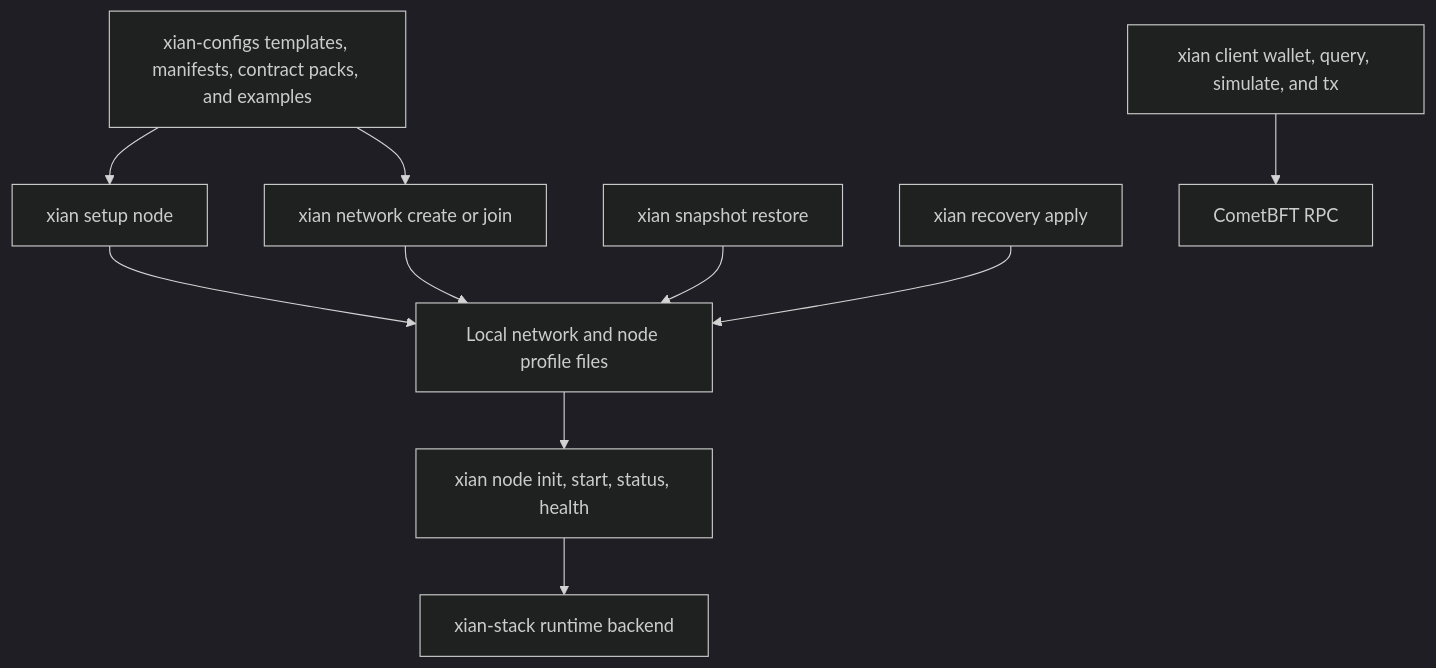
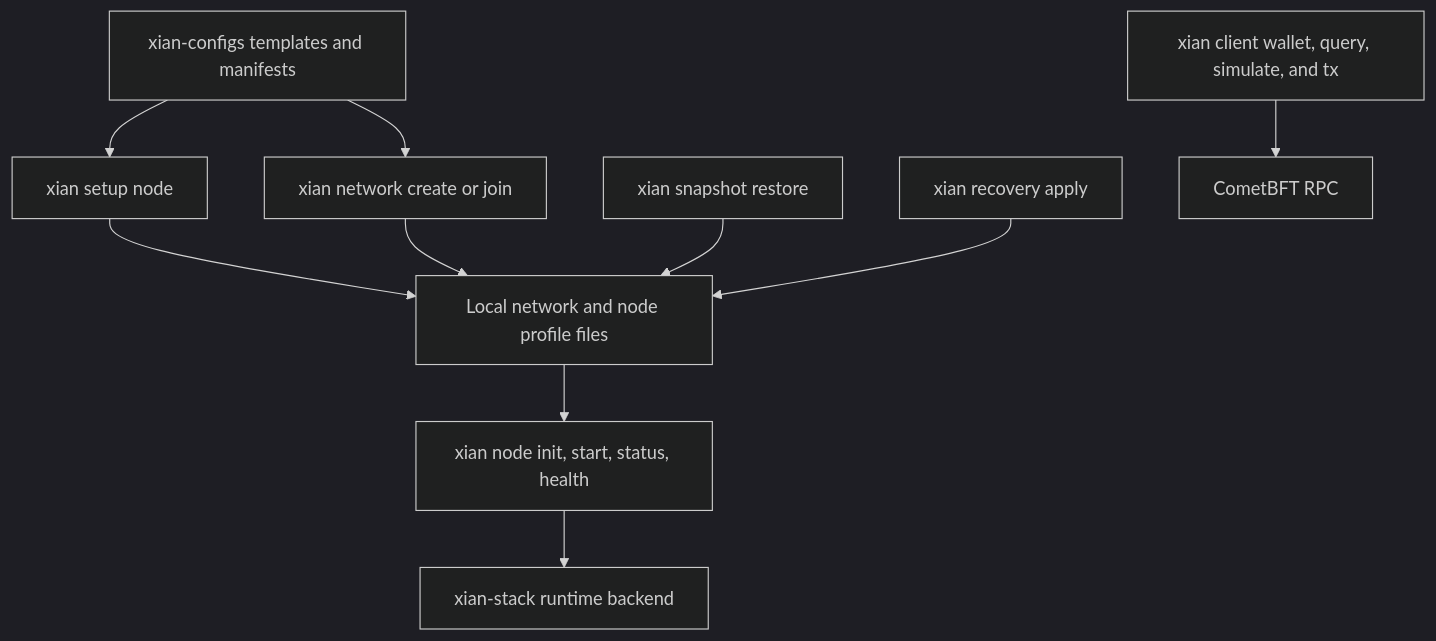
One commit to xian-technology/xian-docs-web changed the diagram in tools/xian-cli.md. Above: the diagram before and after it, drawn with Mermaid (dark theme). The commit also changed other lines of this file and 27 other files, not shown here.

````diff
--- a/tools/xian-cli.md
+++ b/tools/xian-cli.md
@@ -71,23 +65,23 @@
 ```mermaid
 flowchart TD
-  Catalog["xian-configs templates, manifests, contract packs, and examples"]
+  Catalog["xian-configs templates and manifests"]
   Setup["xian setup node"]
   Network["xian network create or join"]
   Profile["Local network and node profile files"]
   Node["xian node init, start, status, health"]
   Stack["xian-stack runtime backend"]
   Snapshot["xian snapshot restore"]
   Recovery["xian recovery apply"]
   Client["xian client wallet, query, simulate, and tx"]
   RPC["CometBFT RPC"]
 
   Catalog --> Network
   Catalog --> Setup
   Setup --> Profile
   Network --> Profile
   Profile --> Node
   Node --> Stack
   Snapshot --> Profile
   Recovery --> Profile
   Client --> RPC
 ```
````
